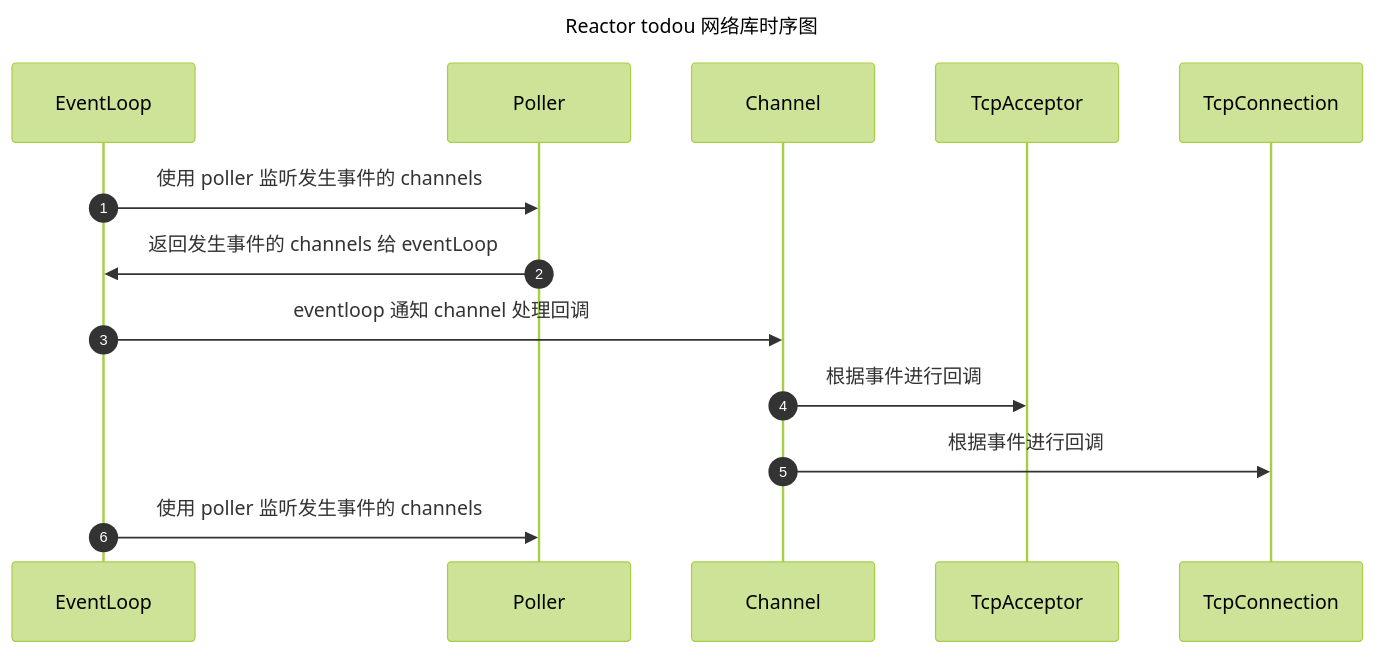
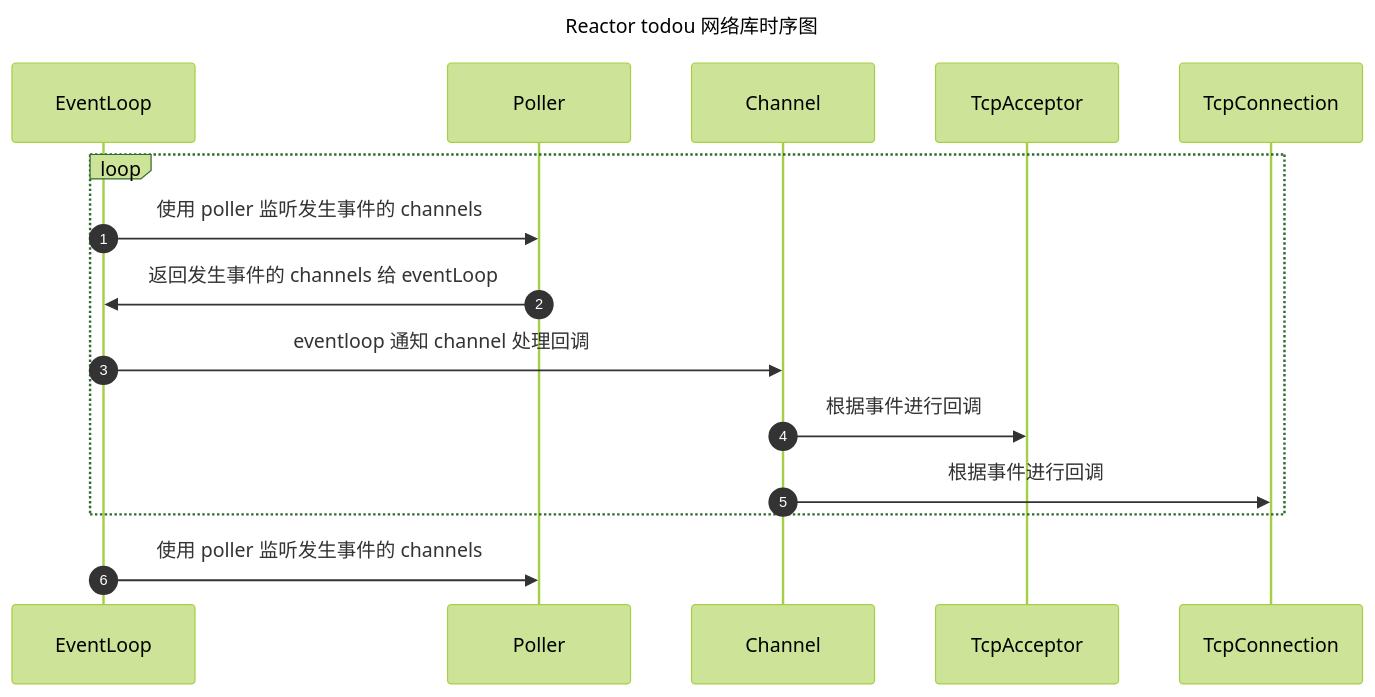
One commit to WenXingming/tudou changed the diagram in doc/Sequence_todou.mmd. Above: the diagram before and after it, drawn with Mermaid. The commit also changed 16 other files, not shown here.

```diff
--- a/doc/Sequence_todou.mmd
+++ b/doc/Sequence_todou.mmd
@@ -1,18 +1,20 @@
 %% 示例：在代码块顶部配置主题变量
 %%{init: {'theme':'forest'}}%%
 sequenceDiagram
     title Reactor todou 网络库时序图
     autonumber
     
     participant EventLoop
     participant Poller
     participant Channel
     participant TcpAcceptor
     participant TcpConnection
-	
-	EventLoop->>Poller: 使用 poller 监听发生事件的 channels
-	Poller->>EventLoop: 返回发生事件的 channels 给 eventLoop
-	EventLoop->>Channel: eventloop 通知 channel 处理回调
-	Channel->> TcpAcceptor: 根据事件进行回调
-	Channel->> TcpConnection: 根据事件进行回调
-	EventLoop->>Poller: 使用 poller 监听发生事件的 channels
+
+    loop
+        EventLoop->>Poller: 使用 poller 监听发生事件的 channels
+        Poller->>EventLoop: 返回发生事件的 channels 给 eventLoop
+        EventLoop->>Channel: eventloop 通知 channel 处理回调
+        Channel->> TcpAcceptor: 根据事件进行回调
+        Channel->> TcpConnection: 根据事件进行回调
+    end
+    EventLoop->>Poller: 使用 poller 监听发生事件的 channels
```
